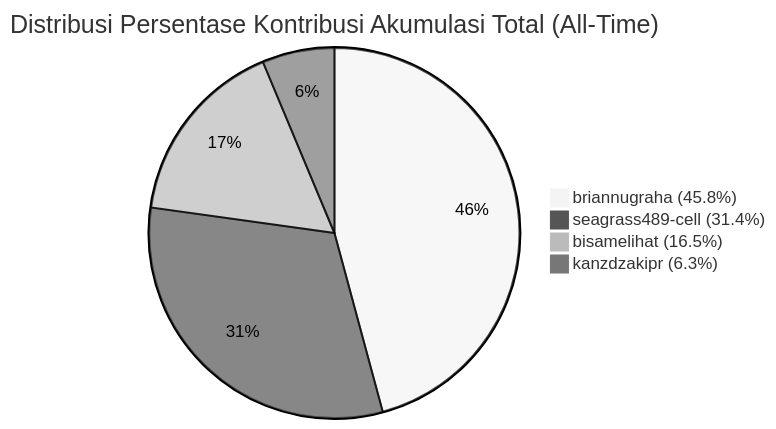
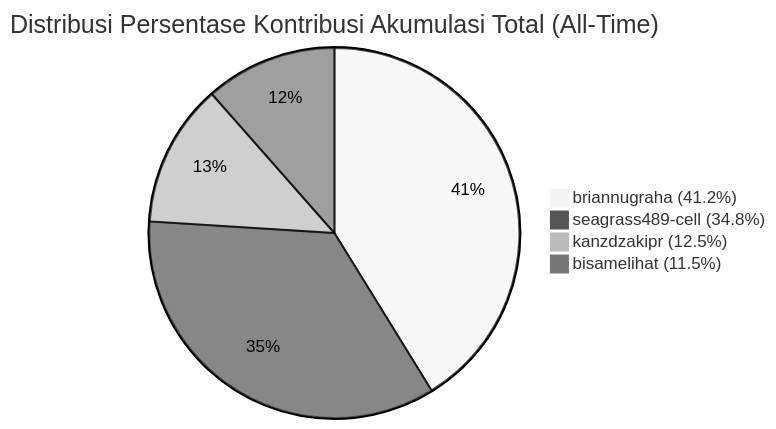
Before and after one commit to kanzdzakipr/ServicePlan-BRA: the first of 3 diagrams in KONTRIBUSI_TIM.md, drawn with Mermaid (neutral theme). The commit also changed other lines of this file, not shown here.

````diff
--- a/KONTRIBUSI_TIM.md
+++ b/KONTRIBUSI_TIM.md
@@ -58,7 +58,7 @@
 ```mermaid
 pie title Distribusi Persentase Kontribusi Akumulasi Total (All-Time)
-    "briannugraha (45.8%)" : 45.8
-    "seagrass489-cell (31.4%)" : 31.4
-    "bisamelihat (16.5%)" : 16.5
-    "kanzdzakipr (6.3%)" : 6.3
+    "briannugraha (41.2%)" : 41.2
+    "seagrass489-cell (34.8%)" : 34.8
+    "kanzdzakipr (12.5%)" : 12.5
+    "bisamelihat (11.5%)" : 11.5
 ```
````
